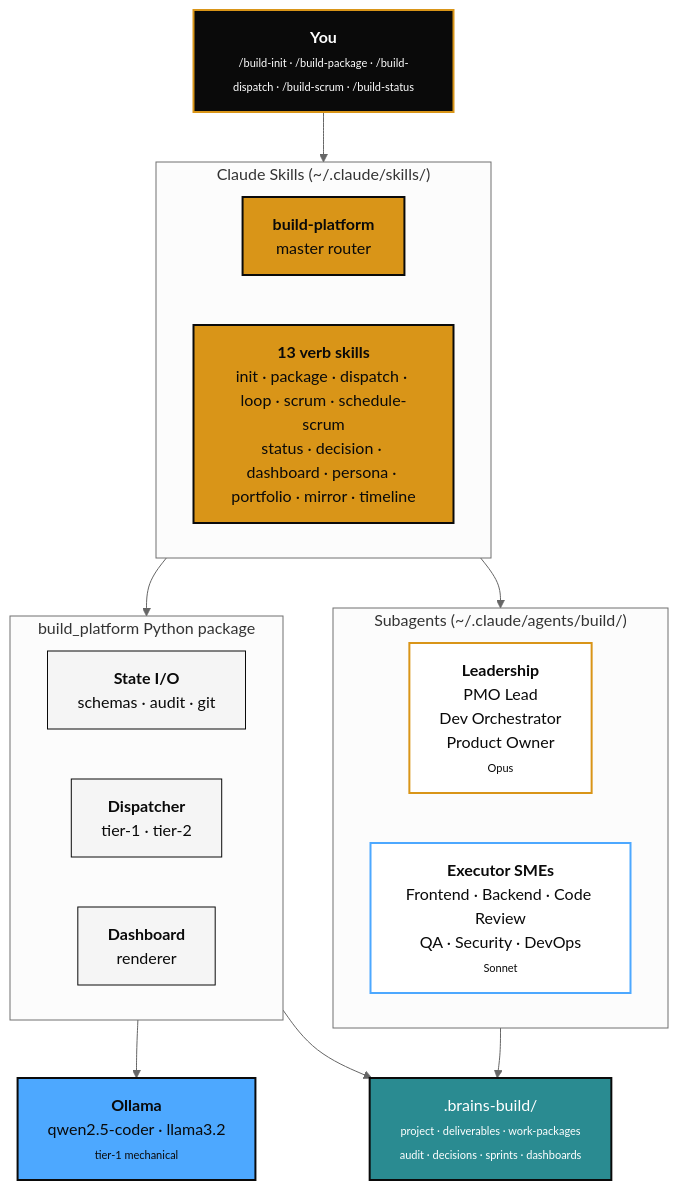
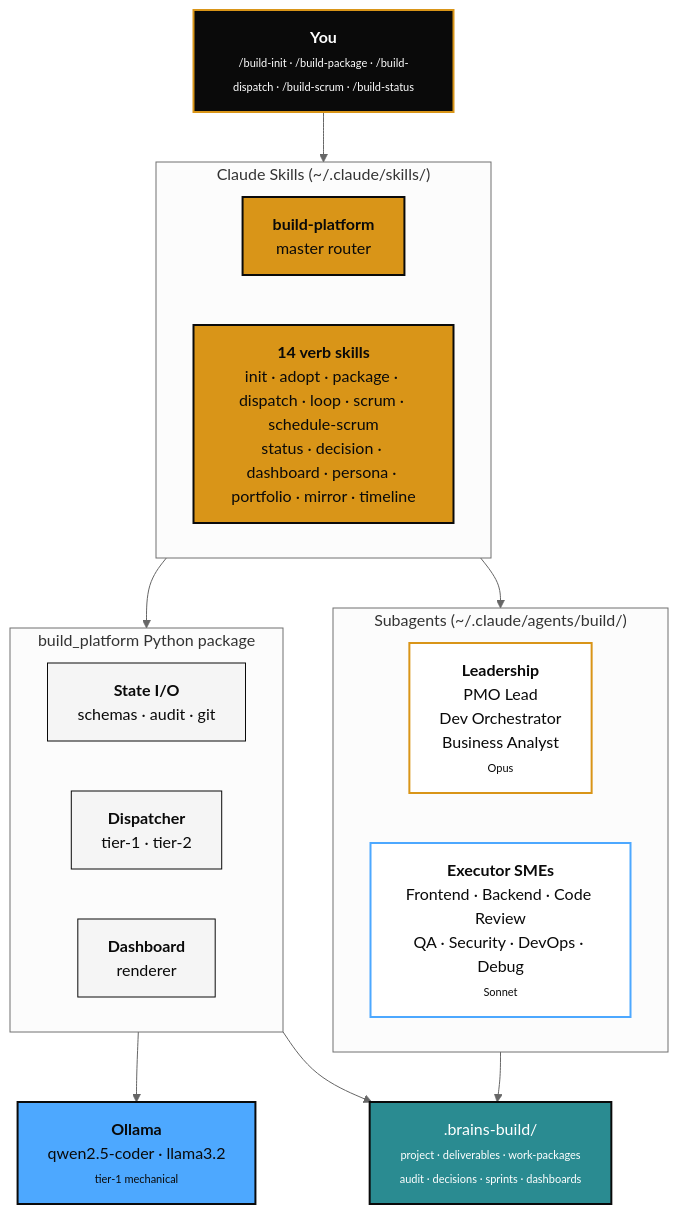
One commit to shard-BRAINS/BRAINS-build-platform changed the diagram in README.md. Above: the diagram before and after it, drawn with Mermaid (neutral theme). The commit also changed other lines of this file and 49 other files, not shown here.

First line of the commit message:
feat: /build-adopt spec miner, leadership reshape, Debug SME + escalation (#37)

````diff
--- a/README.md
+++ b/README.md
@@ -49,41 +49,41 @@
 ```mermaid
 flowchart TD
     U["<b>You</b><br/><span style='font-size:11px'>/build-init · /build-package · /build-dispatch · /build-scrum · /build-status</span>"]:::user
 
     subgraph SKILLS["Claude Skills (~/.claude/skills/)"]
       direction LR
       MS["<b>build-platform</b><br/>master router"]:::skill
-      VS["<b>13 verb skills</b><br/>init · package · dispatch · loop · scrum · schedule-scrum<br/>status · decision · dashboard · persona · portfolio · mirror · timeline"]:::skill
+      VS["<b>14 verb skills</b><br/>init · adopt · package · dispatch · loop · scrum · schedule-scrum<br/>status · decision · dashboard · persona · portfolio · mirror · timeline"]:::skill
     end
 
     subgraph AGENTS["Subagents (~/.claude/agents/build/)"]
       direction LR
-      LEAD["<b>Leadership</b><br/>PMO Lead<br/>Dev Orchestrator<br/>Product Owner<br/><span style='font-size:11px'>Opus</span>"]:::lead
-      SME["<b>Executor SMEs</b><br/>Frontend · Backend · Code Review<br/>QA · Security · DevOps<br/><span style='font-size:11px'>Sonnet</span>"]:::sme
+      LEAD["<b>Leadership</b><br/>PMO Lead<br/>Dev Orchestrator<br/>Business Analyst<br/><span style='font-size:11px'>Opus</span>"]:::lead
+      SME["<b>Executor SMEs</b><br/>Frontend · Backend · Code Review<br/>QA · Security · DevOps · Debug<br/><span style='font-size:11px'>Sonnet</span>"]:::sme
     end
 
     subgraph PKG["build_platform Python package"]
       direction LR
       STATE["<b>State I/O</b><br/>schemas · audit · git"]:::pkg
       DISP["<b>Dispatcher</b><br/>tier-1 · tier-2"]:::pkg
       DASH["<b>Dashboard</b><br/>renderer"]:::pkg
     end
 
     OLLAMA["<b>Ollama</b><br/>qwen2.5-coder · llama3.2<br/><span style='font-size:11px'>tier-1 mechanical</span>"]:::ollama
     FS[".brains-build/<br/><span style='font-size:11px'>project · deliverables · work-packages<br/>audit · decisions · sprints · dashboards</span>"]:::state
 
     U --> SKILLS
     SKILLS --> PKG
     SKILLS --> AGENTS
     PKG --> OLLAMA
     PKG --> FS
     AGENTS --> FS
 
     classDef user fill:#0A0A0A,stroke:#D99518,stroke-width:2px,color:#FFFFFF
     classDef skill fill:#D99518,stroke:#0A0A0A,stroke-width:2px,color:#0A0A0A
     classDef lead fill:#FFFFFF,stroke:#D99518,stroke-width:2px,color:#0A0A0A
     classDef sme fill:#FFFFFF,stroke:#4DA8FF,stroke-width:2px,color:#0A0A0A
     classDef pkg fill:#F5F5F5,stroke:#0A0A0A,stroke-width:1px,color:#0A0A0A
     classDef ollama fill:#4DA8FF,stroke:#0A0A0A,stroke-width:2px,color:#0A0A0A
     classDef state fill:#2A8B91,stroke:#0A0A0A,stroke-width:2px,color:#FFFFFF
 ```
````
